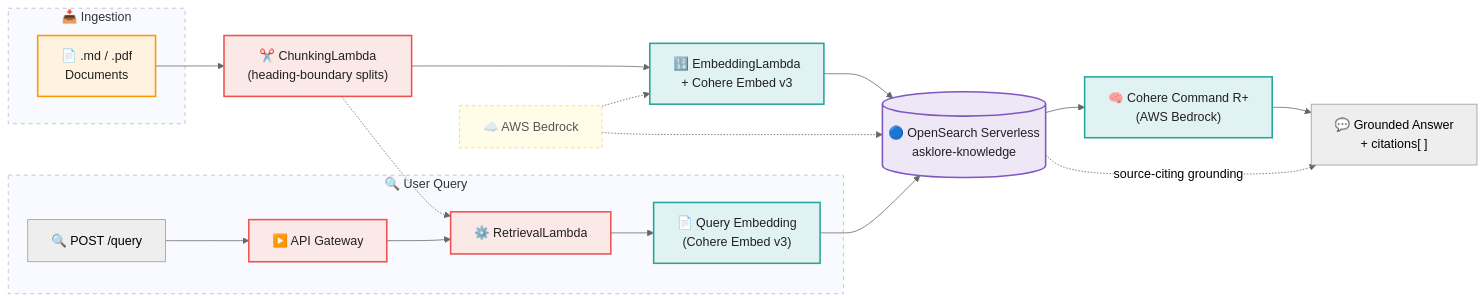
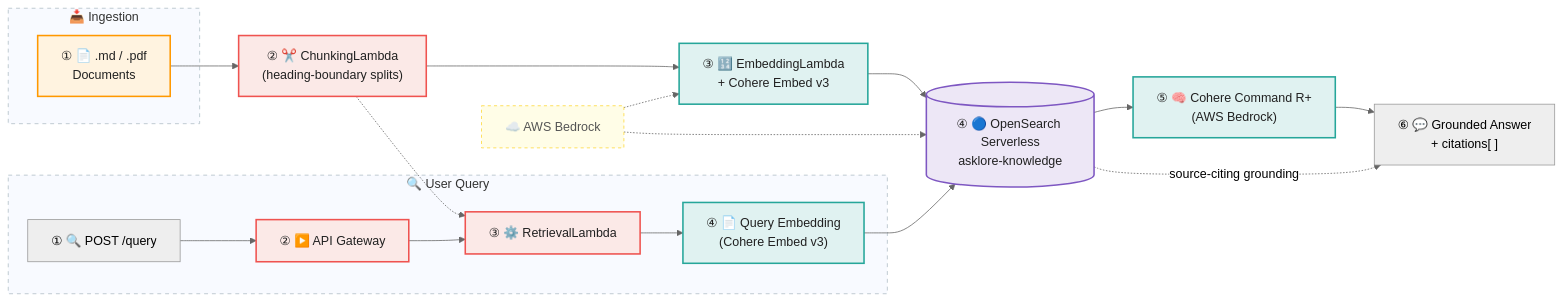
The diagram in README.md (Sunilrana1978/AskLore), drawn with Mermaid before and after one commit.

Commit message:
Add step numbers to diagram nodes for process flow clarity
Ingestion: ①–④  (Documents → Chunking → Embedding → OpenSearch)
Query:     ①–⑥  (POST /query → API GW → RetrievalLambda → Embed → OpenSearch → Command R+ → Answer)

````diff
--- a/README.md
+++ b/README.md
@@ -9,38 +9,38 @@
 ```mermaid
 %%{init: {'theme': 'neutral'}}%%
 graph LR
     classDef s3      fill:#FFF3E0,stroke:#FF9800,stroke-width:2px,color:#212121
     classDef lambda  fill:#FBE9E7,stroke:#EF5350,stroke-width:2px,color:#212121
     classDef bedrock fill:#E0F2F1,stroke:#26A69A,stroke-width:2px,color:#212121
     classDef os      fill:#EDE7F6,stroke:#7E57C2,stroke-width:2px,color:#212121
     classDef cloud   fill:#FFFDE7,stroke:#FDD835,stroke-width:1px,color:#555,stroke-dasharray:4 4
 
     subgraph ING["📥 Ingestion"]
-        DOC["📄 .md / .pdf\nDocuments"]:::s3
+        DOC["① 📄 .md / .pdf\nDocuments"]:::s3
     end
 
     subgraph USQ["🔍 User Query"]
-        SRCH["🔍 POST /query"]
-        PLAY["▶️ API Gateway"]:::lambda
-        GEAR["⚙️ RetrievalLambda"]:::lambda
-        RESDOC["📄 Query Embedding\n(Cohere Embed v3)"]:::bedrock
+        SRCH["① 🔍 POST /query"]
+        PLAY["② ▶️ API Gateway"]:::lambda
+        GEAR["③ ⚙️ RetrievalLambda"]:::lambda
+        RESDOC["④ 📄 Query Embedding\n(Cohere Embed v3)"]:::bedrock
     end
 
-    CHUNK["✂️ ChunkingLambda\n(heading-boundary splits)"]:::lambda
-    EMBED["🔢 EmbeddingLambda\n+ Cohere Embed v3"]:::bedrock
+    CHUNK["② ✂️ ChunkingLambda\n(heading-boundary splits)"]:::lambda
+    EMBED["③ 🔢 EmbeddingLambda\n+ Cohere Embed v3"]:::bedrock
     CLOUD["☁️ AWS Bedrock"]:::cloud
-    VECTOR[("🔵 OpenSearch Serverless\nasklore-knowledge")]:::os
-    LLM["🧠 Cohere Command R+\n(AWS Bedrock)"]:::bedrock
-    FINAL["💬 Grounded Answer\n+ citations[ ]"]
+    VECTOR[("④ 🔵 OpenSearch Serverless\nasklore-knowledge")]:::os
+    LLM["⑤ 🧠 Cohere Command R+\n(AWS Bedrock)"]:::bedrock
+    FINAL["⑥ 💬 Grounded Answer\n+ citations[ ]"]
 
     DOC  --> CHUNK --> EMBED --> VECTOR
     SRCH --> PLAY  --> GEAR  --> RESDOC --> VECTOR
     CHUNK -.-> GEAR
     CLOUD -.-> EMBED
     CLOUD -.-> VECTOR
     VECTOR --> LLM --> FINAL
     VECTOR -.->|source-citing grounding| FINAL
 
     style ING fill:#F8FAFF,stroke:#B0BEC5,stroke-width:1px,stroke-dasharray:5 5
     style USQ fill:#F8FAFF,stroke:#B0BEC5,stroke-width:1px,stroke-dasharray:5 5
 ```
````
